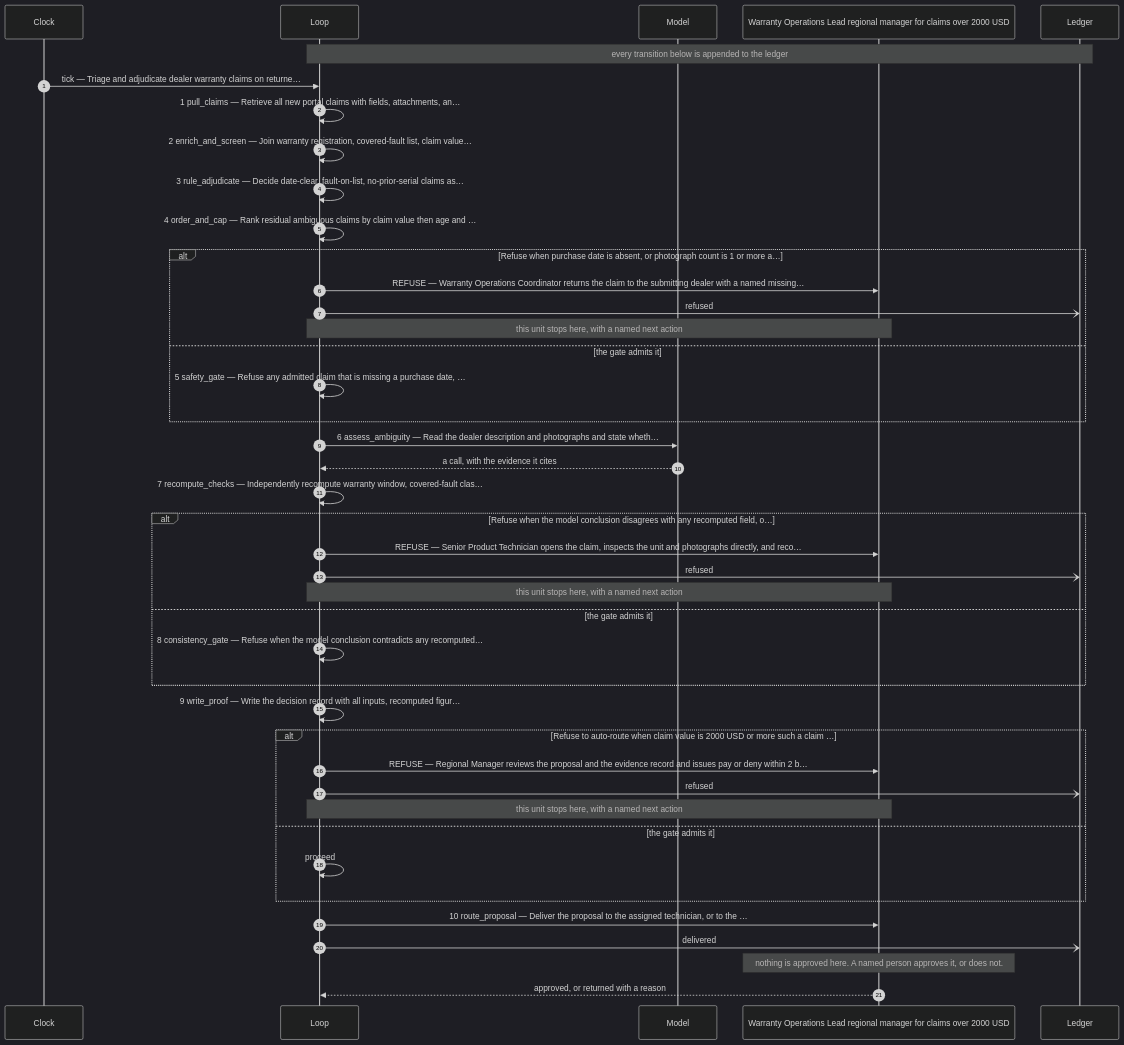
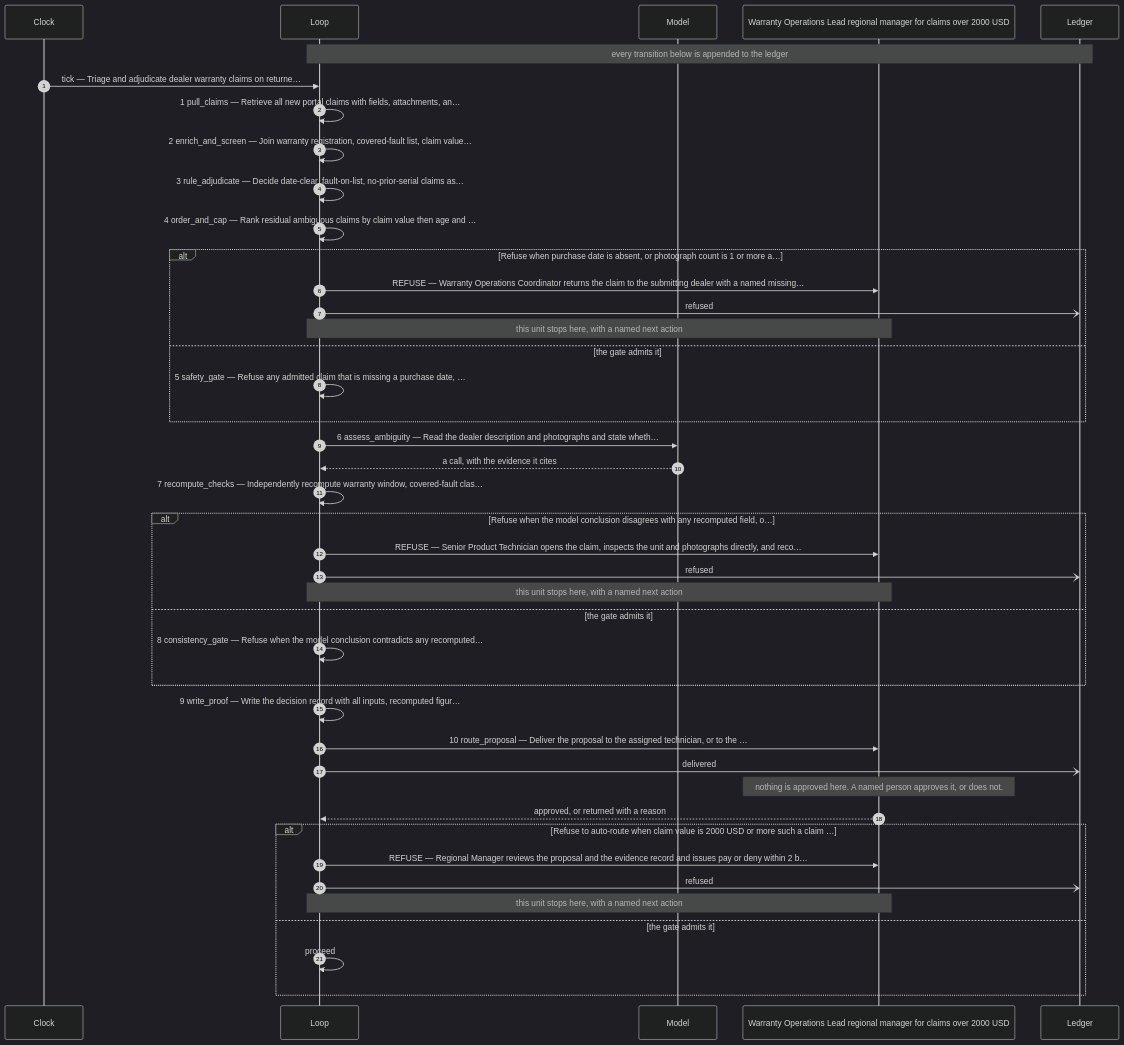
Before and after one commit to TheChrisOneil/agentic-loop: the diagram in course/workshop/loops/warranty/DESIGN.md, drawn with Mermaid (dark theme). The commit also changed other lines of this file and 9 other files, not shown here.

````diff
--- a/course/workshop/loops/warranty/DESIGN.md
+++ b/course/workshop/loops/warranty/DESIGN.md
@@ -29,48 +29,48 @@
 ```mermaid
 %% Generated by render.sh from the design. Do not edit by hand —
 %% edit the design and render again. This diagram cannot disagree with it.
 sequenceDiagram
     autonumber
     participant C as Clock
     participant L as Loop
     participant M as Model
     participant H as Warranty Operations Lead regional manager for claims over 2000 USD
     participant G as Ledger
 
     Note over L,G: every transition below is appended to the ledger
     C->>L: tick — Triage and adjudicate dealer warranty claims on returne…
 
     L->>L: 1 pull_claims — Retrieve all new portal claims with fields, attachments, an…
     L->>L: 2 enrich_and_screen — Join warranty registration, covered-fault list, claim value…
     L->>L: 3 rule_adjudicate — Decide date-clear, fault-on-list, no-prior-serial claims as…
     L->>L: 4 order_and_cap — Rank residual ambiguous claims by claim value then age and …
     alt Refuse when purchase date is absent, or photograph count is 1 or more a…
         L->>H: REFUSE — Warranty Operations Coordinator returns the claim to the submitting dealer with a named missing…
         L-)G: refused
         Note over L,H: this unit stops here, with a named next action
     else the gate admits it
         L->>L: 5 safety_gate — Refuse any admitted claim that is missing a purchase date, …
     end
     L->>M: 6 assess_ambiguity — Read the dealer description and photographs and state wheth…
     M-->>L: a call, with the evidence it cites
     L->>L: 7 recompute_checks — Independently recompute warranty window, covered-fault clas…
     alt Refuse when the model conclusion disagrees with any recomputed field, o…
         L->>H: REFUSE — Senior Product Technician opens the claim, inspects the unit and photographs directly, and reco…
         L-)G: refused
         Note over L,H: this unit stops here, with a named next action
     else the gate admits it
         L->>L: 8 consistency_gate — Refuse when the model conclusion contradicts any recomputed…
     end
     L->>L: 9 write_proof — Write the decision record with all inputs, recomputed figur…
+    L->>H: 10 route_proposal — Deliver the proposal to the assigned technician, or to the …
+    L-)G: delivered
+    Note over H: nothing is approved here. A named person approves it, or does not.
+    H-->>L: approved, or returned with a reason
     alt Refuse to auto-route when claim value is 2000 USD or more such a claim …
         L->>H: REFUSE — Regional Manager reviews the proposal and the evidence record and issues pay or deny within 2 b…
         L-)G: refused
         Note over L,H: this unit stops here, with a named next action
     else the gate admits it
         L->>L: proceed
     end
-    L->>H: 10 route_proposal — Deliver the proposal to the assigned technician, or to the …
-    L-)G: delivered
-    Note over H: nothing is approved here. A named person approves it, or does not.
-    H-->>L: approved, or returned with a reason
 ```
````
